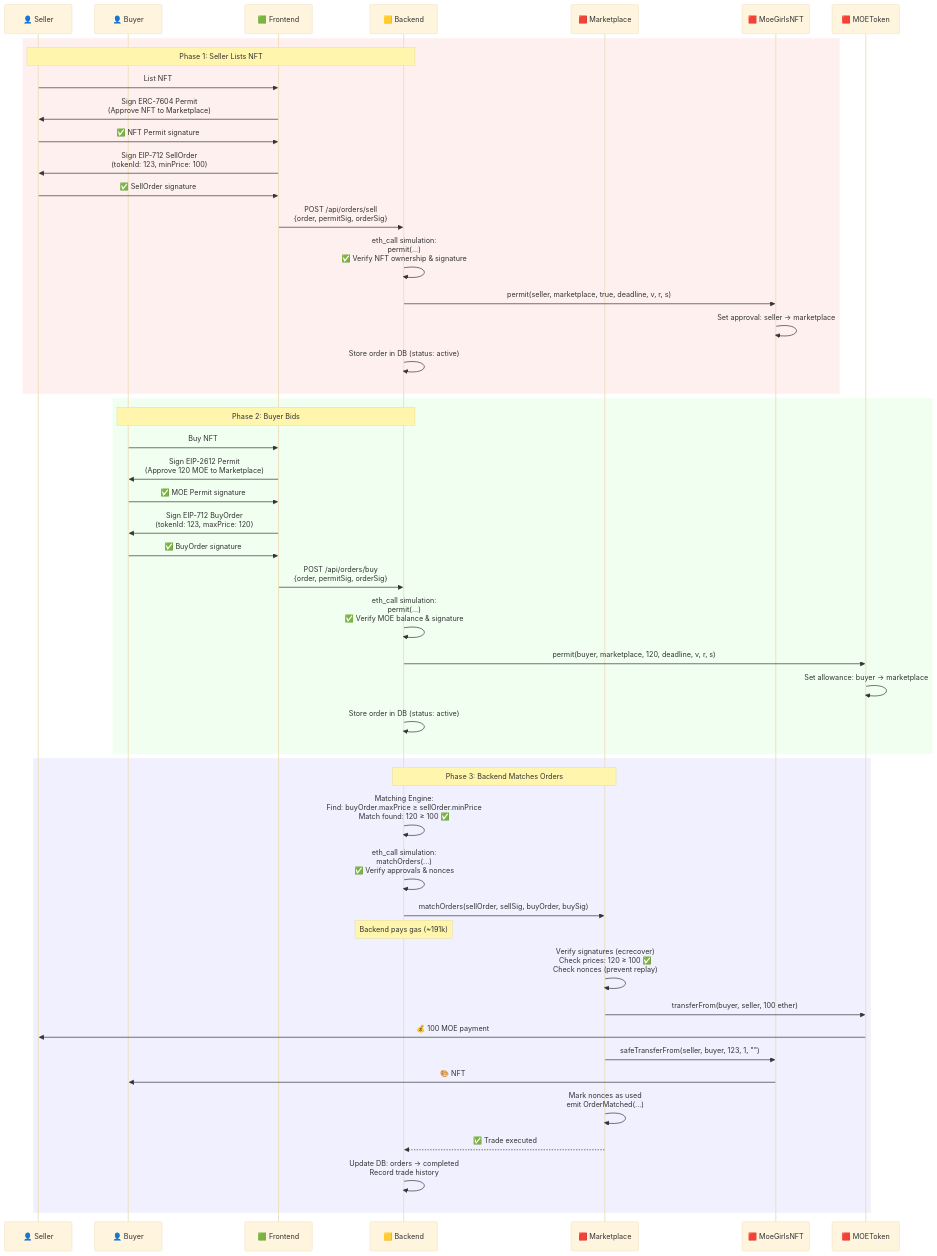
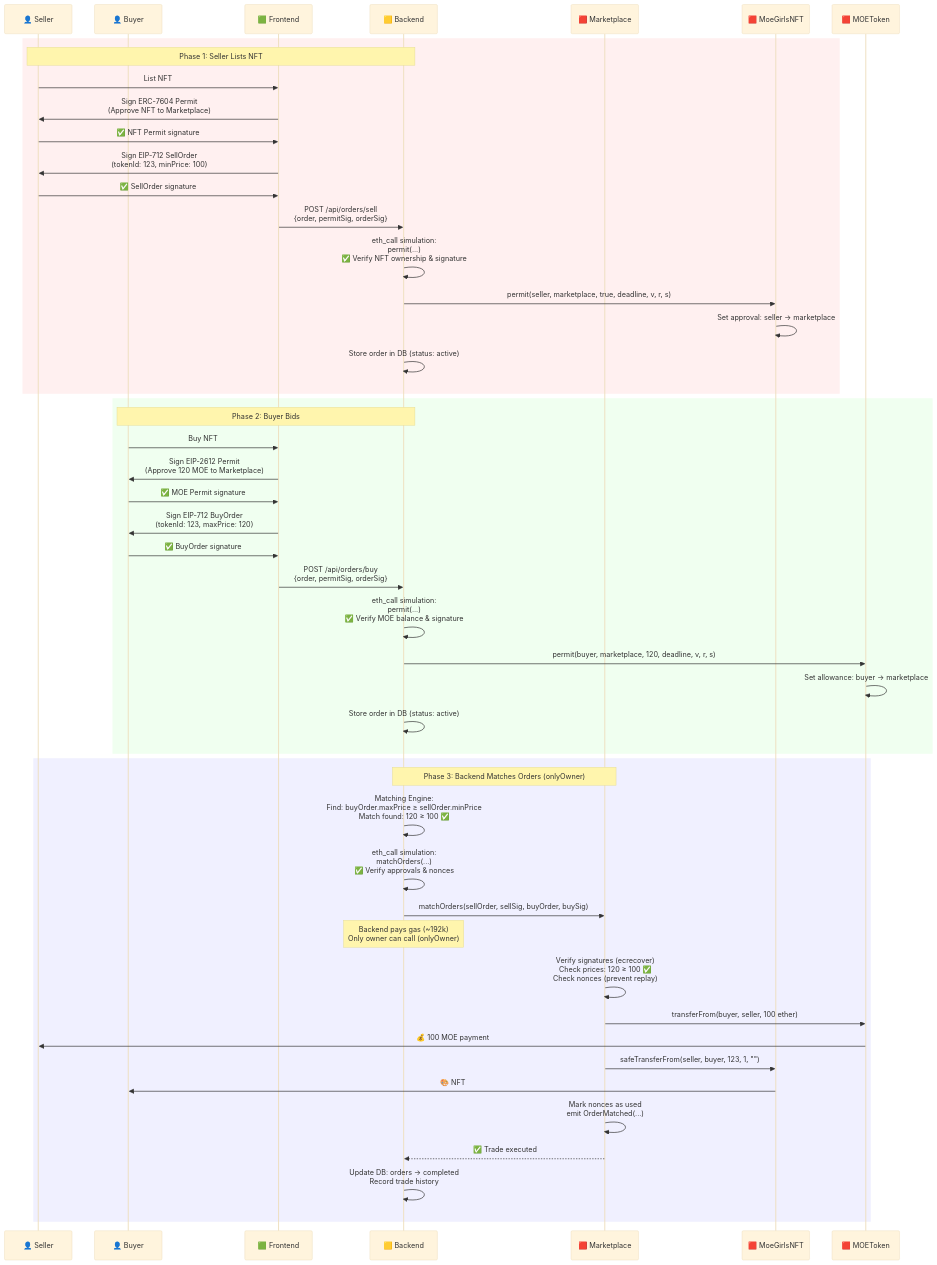
Before and after one commit to cool9850311/MoeGirlsProject-Contract: the fifth of 5 diagrams in README.md, drawn with Mermaid (base theme). The commit also changed other lines of this file and 6 other files, not shown here.

````diff
--- a/README.md
+++ b/README.md
@@ -358,69 +358,69 @@
 ```mermaid
 sequenceDiagram
     participant Seller as 👤 Seller
     participant Buyer as 👤 Buyer
     participant Frontend as 🟩 Frontend
     participant Backend as 🟨 Backend
     participant Market as 🟥 Marketplace
     participant NFT as 🟥 MoeGirlsNFT
     participant MOE as 🟥 MOEToken
 
     rect rgb(255, 240, 240)
         Note over Seller,Backend: Phase 1: Seller Lists NFT
         Seller->>Frontend: List NFT #123 for 100 MOE
         Frontend->>Seller: Sign ERC-7604 Permit<br/>(Approve NFT to Marketplace)
         Seller->>Frontend: ✅ NFT Permit signature
 
         Frontend->>Seller: Sign EIP-712 SellOrder<br/>(tokenId: 123, minPrice: 100)
         Seller->>Frontend: ✅ SellOrder signature
 
         Frontend->>Backend: POST /api/orders/sell<br/>{order, permitSig, orderSig}
 
         Backend->>Backend: eth_call simulation:<br/>permit(...)<br/>✅ Verify NFT ownership & signature
 
         Backend->>NFT: permit(seller, marketplace, true, deadline, v, r, s)
         NFT->>NFT: Set approval: seller → marketplace
         Backend->>Backend: Store order in DB (status: active)
     end
 
     rect rgb(240, 255, 240)
         Note over Buyer,Backend: Phase 2: Buyer Bids
         Buyer->>Frontend: Buy NFT #123 for 120 MOE
         Frontend->>Buyer: Sign EIP-2612 Permit<br/>(Approve 120 MOE to Marketplace)
         Buyer->>Frontend: ✅ MOE Permit signature
 
         Frontend->>Buyer: Sign EIP-712 BuyOrder<br/>(tokenId: 123, maxPrice: 120)
         Buyer->>Frontend: ✅ BuyOrder signature
 
         Frontend->>Backend: POST /api/orders/buy<br/>{order, permitSig, orderSig}
 
         Backend->>Backend: eth_call simulation:<br/>permit(...)<br/>✅ Verify MOE balance & signature
 
         Backend->>MOE: permit(buyer, marketplace, 120, deadline, v, r, s)
         MOE->>MOE: Set allowance: buyer → marketplace
         Backend->>Backend: Store order in DB (status: active)
     end
 
     rect rgb(240, 240, 255)
-        Note over Backend,Market: Phase 3: Backend Matches Orders
+        Note over Backend,Market: Phase 3: Backend Matches Orders (onlyOwner)
         Backend->>Backend: Matching Engine:<br/>Find: buyOrder.maxPrice ≥ sellOrder.minPrice<br/>Match found: 120 ≥ 100 ✅
 
         Backend->>Backend: eth_call simulation:<br/>matchOrders(...)<br/>✅ Verify approvals & nonces
 
         Backend->>Market: matchOrders(sellOrder, sellSig, buyOrder, buySig)
-        Note over Backend: Backend pays gas (~191k)
+        Note over Backend: Backend pays gas (~192k)<br/>Only owner can call (onlyOwner)
 
         Market->>Market: Verify signatures (ecrecover)<br/>Check prices: 120 ≥ 100 ✅<br/>Check nonces (prevent replay)
 
         Market->>MOE: transferFrom(buyer, seller, 100 ether)
         MOE->>Seller: 💰 100 MOE payment
 
         Market->>NFT: safeTransferFrom(seller, buyer, 123, 1, "")
         NFT->>Buyer: 🎨 NFT #123 received
 
         Market->>Market: Mark nonces as used<br/>emit OrderMatched(...)
         Market-->>Backend: ✅ Trade executed
 
         Backend->>Backend: Update DB: orders → completed<br/>Record trade history
     end
 ```
````
